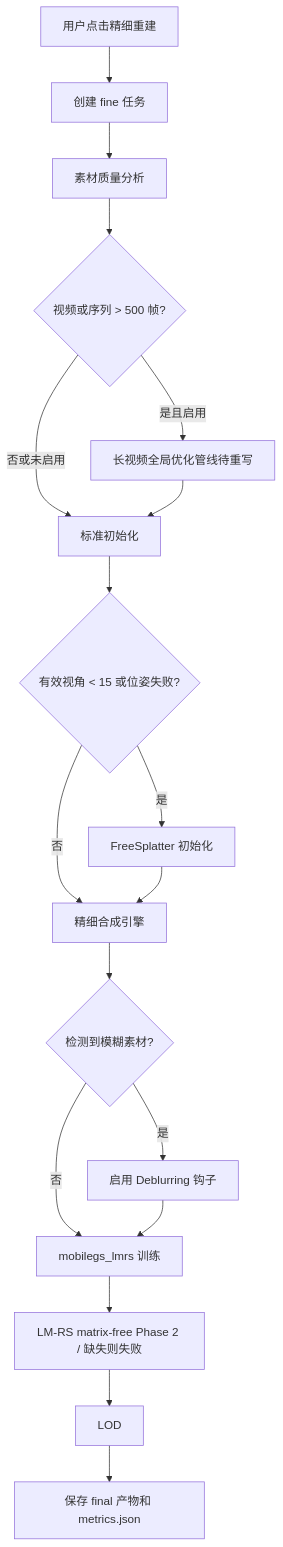
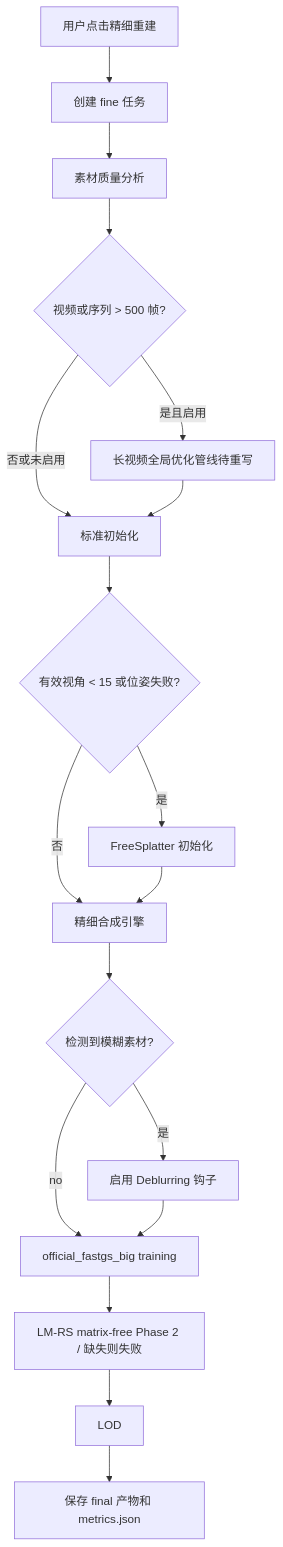
The second of 3 diagrams in doc/03-workflows-state.md (Braveliu66/3dgsbi), drawn with Mermaid before and after one commit. The commit also changed other lines of this file and 20 other files, not shown here.

Commit message:
图片管线

````diff
--- a/doc/03-workflows-state.md
+++ b/doc/03-workflows-state.md
@@ -66,20 +66,20 @@
 ```mermaid
 flowchart TD
     Start["用户点击精细重建"] --> Queue["创建 fine 任务"]
     Queue --> Analysis["素材质量分析"]
     Analysis --> LongVideo{"视频或序列 > 500 帧?"}
     LongVideo -- 是且启用 --> Global["长视频全局优化管线待重写"]
     LongVideo -- 否或未启用 --> Init["标准初始化"]
     Global --> Init
     Init --> Sparse{"有效视角 < 15 或位姿失败?"}
     Sparse -- 是 --> FreeSplatter["FreeSplatter 初始化"]
     Sparse -- 否 --> Engine["精细合成引擎"]
     FreeSplatter --> Engine
     Engine --> Blur{"检测到模糊素材?"}
     Blur -- 是 --> Deblur["启用 Deblurring 钩子"]
-    Blur -- 否 --> Train["mobilegs_lmrs 训练"]
+    Blur -- no --> Train["official_fastgs_big training"]
     Deblur --> Train
     Train --> LM["LM-RS matrix-free Phase 2 / 缺失则失败"]
     LM --> LOD
     LOD --> Save["保存 final 产物和 metrics.json"]
 ```
````
